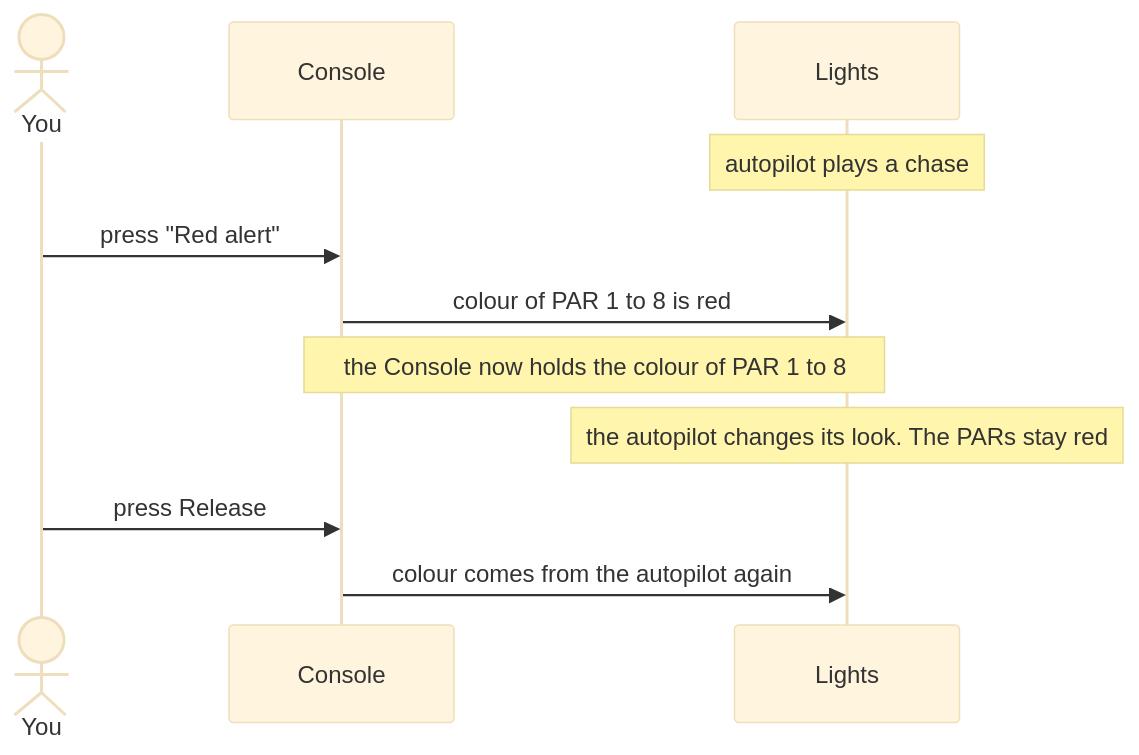
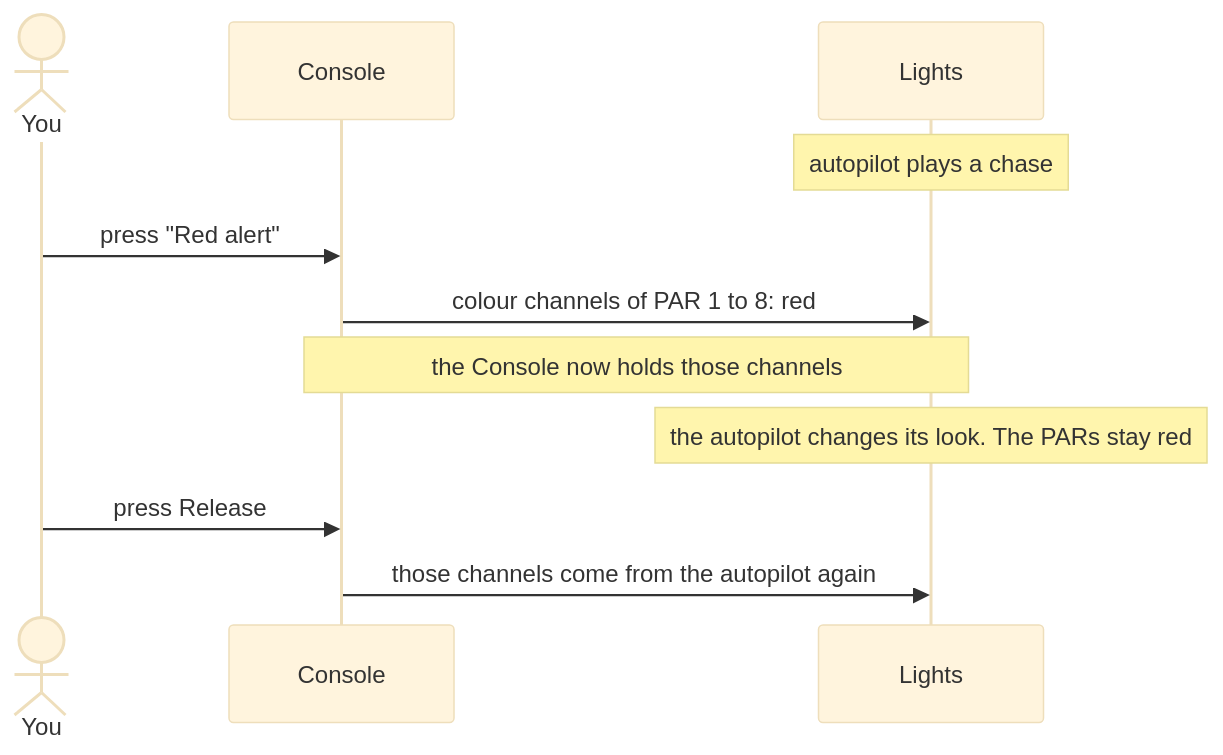
The third of 3 diagrams in docs/design/who-wins.md (abossard/bossylights), drawn with Mermaid (base theme) before and after one commit. The commit also changed other lines of this file and 17 other files, not shown here.

````diff
--- a/docs/design/who-wins.md
+++ b/docs/design/who-wins.md
@@ -30,13 +54,13 @@
 ```mermaid
 sequenceDiagram
   actor You
   participant C as Console
   participant L as Lights
   Note over L: autopilot plays a chase
   You->>C: press "Red alert"
-  C->>L: colour of PAR 1 to 8 is red
-  Note over C,L: the Console now holds the colour of PAR 1 to 8
+  C->>L: colour channels of PAR 1 to 8: red
+  Note over C,L: the Console now holds those channels
   Note over L: the autopilot changes its look. The PARs stay red
   You->>C: press Release
-  C->>L: colour comes from the autopilot again
+  C->>L: those channels come from the autopilot again
 ```
````
